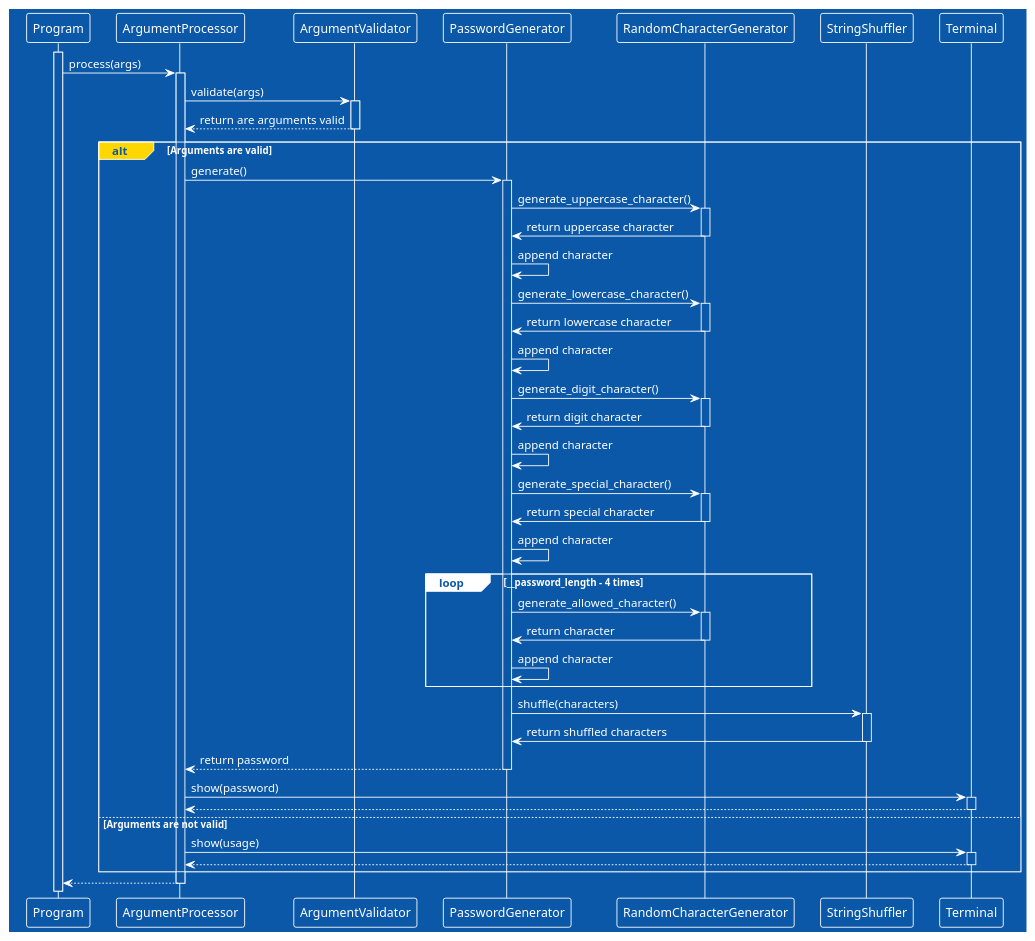
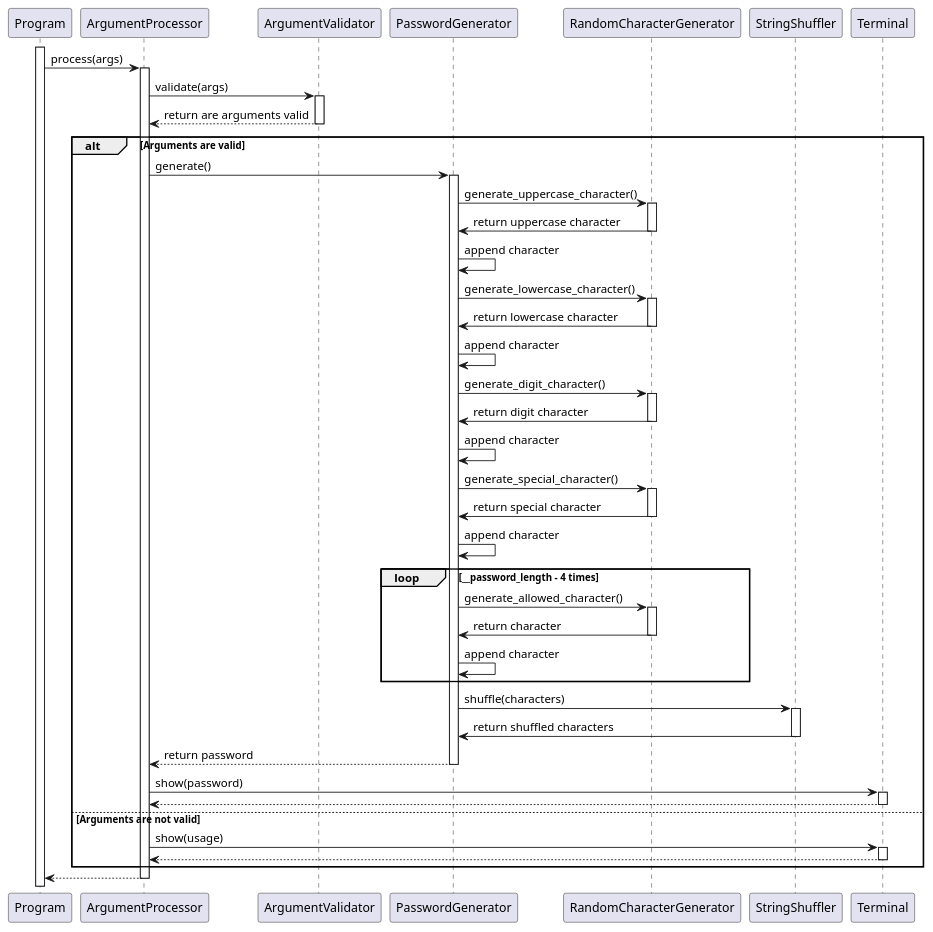
Before and after one commit to djvelimir/demo-python-cli: the diagram in diagrams/Sequence.puml, drawn with PlantUML. The commit also changed 6 other files, not shown here.

```diff
--- a/diagrams/Sequence.puml
+++ b/diagrams/Sequence.puml
@@ -1,85 +1,84 @@
 @startuml Sequence
-!theme amiga
 participant Program as program
 participant ArgumentProcessor as argumentProcessor
 participant ArgumentValidator as argumentValidator
 participant PasswordGenerator as passwordGenerator
 participant RandomCharacterGenerator as randomCharacterGenerator
 participant StringShuffler as stringShuffler
 participant Terminal as terminal
 
 activate program
 
 program -> argumentProcessor: process(args)
 activate argumentProcessor
 
 argumentProcessor -> argumentValidator: validate(args)
 activate argumentValidator
 argumentProcessor <-- argumentValidator: return are arguments valid
 deactivate argumentValidator
 
-alt#Gold Arguments are valid
+alt Arguments are valid
     argumentProcessor -> passwordGenerator: generate()
     activate passwordGenerator
 
     passwordGenerator -> randomCharacterGenerator: generate_uppercase_character()
     activate randomCharacterGenerator
 
     randomCharacterGenerator -> passwordGenerator: return uppercase character
     deactivate randomCharacterGenerator
     passwordGenerator -> passwordGenerator: append character
 
     passwordGenerator -> randomCharacterGenerator: generate_lowercase_character()
     activate randomCharacterGenerator
 
     randomCharacterGenerator -> passwordGenerator: return lowercase character
     deactivate randomCharacterGenerator
     passwordGenerator -> passwordGenerator: append character
 
     passwordGenerator -> randomCharacterGenerator: generate_digit_character()
     activate randomCharacterGenerator
 
     randomCharacterGenerator -> passwordGenerator: return digit character
     deactivate randomCharacterGenerator
     passwordGenerator -> passwordGenerator: append character
 
     passwordGenerator -> randomCharacterGenerator: generate_special_character()
     activate randomCharacterGenerator
 
     randomCharacterGenerator -> passwordGenerator: return special character
     deactivate randomCharacterGenerator
     passwordGenerator -> passwordGenerator: append character
 
     loop __password_length - 4 times
         passwordGenerator -> randomCharacterGenerator: generate_allowed_character()
         activate randomCharacterGenerator
 
         randomCharacterGenerator -> passwordGenerator: return character
         deactivate randomCharacterGenerator
         passwordGenerator -> passwordGenerator: append character
     end
 
     passwordGenerator -> stringShuffler: shuffle(characters)
     activate stringShuffler
 
     stringShuffler -> passwordGenerator: return shuffled characters
     deactivate stringShuffler
 
     argumentProcessor <-- passwordGenerator: return password
     deactivate passwordGenerator
 
     argumentProcessor -> terminal: show(password)
     activate terminal
     argumentProcessor <-- terminal
     deactivate terminal
 
 else Arguments are not valid
     argumentProcessor -> terminal: show(usage)
     activate terminal
     argumentProcessor <-- terminal
     deactivate terminal
 end
 
 program <-- argumentProcessor
 deactivate argumentProcessor
 @enduml
```
